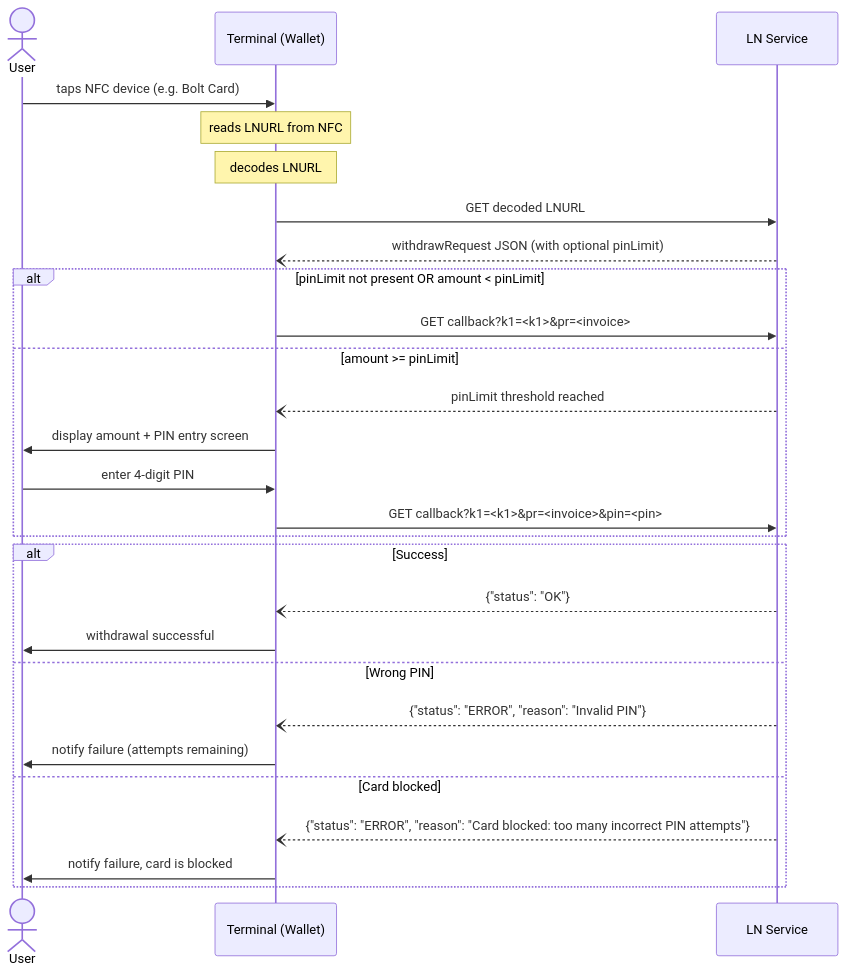
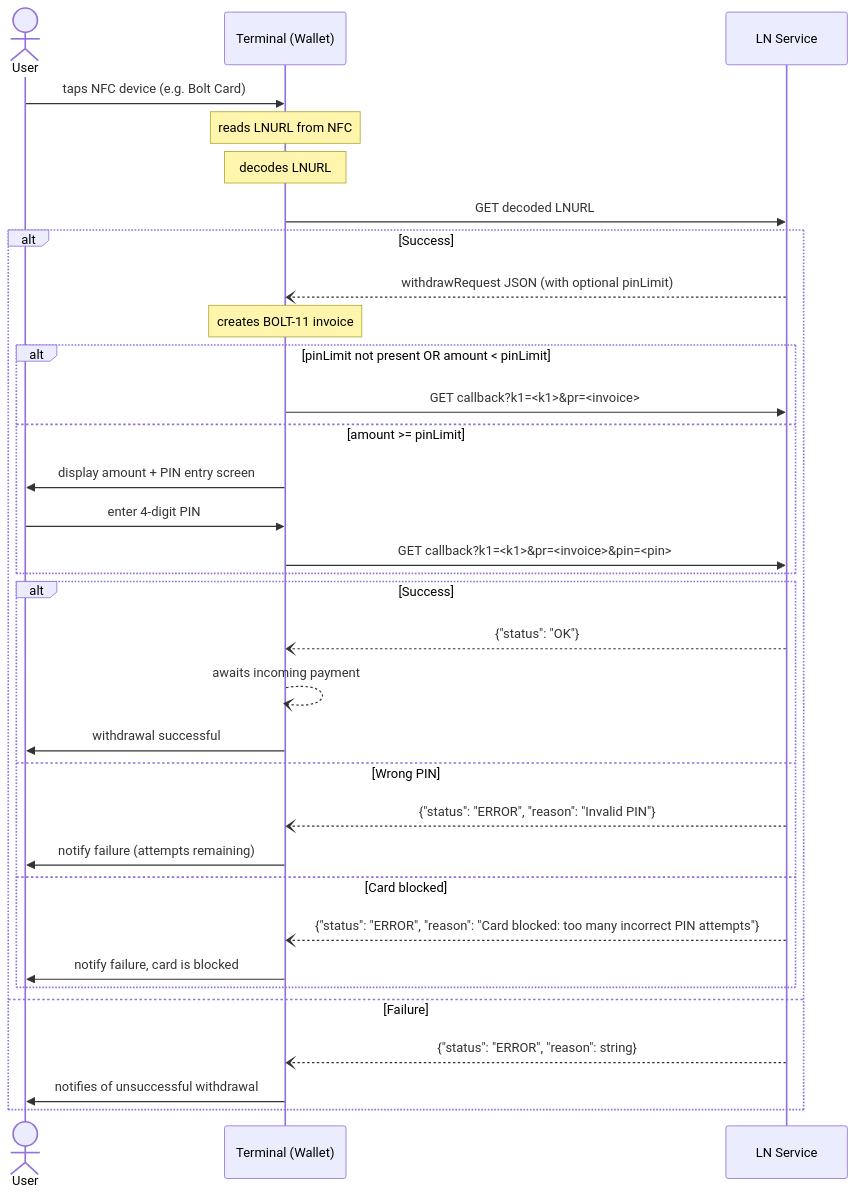
One commit to lnurl/luds changed the diagram in XX.md. Above: the diagram before and after it, drawn with Mermaid. The commit also changed other lines of this file, not shown here.

Commit message:
draft: align diagram with LUD-03 structure, fix #NEW to #289

````diff
--- a/XX.md
+++ b/XX.md
@@ -52,33 +52,40 @@
 ```mermaid
 sequenceDiagram
     actor User
     participant Terminal as Terminal (Wallet)
     participant LN Service
 
     User->>Terminal: taps NFC device (e.g. Bolt Card)
     Note over Terminal: reads LNURL from NFC
     Note over Terminal: decodes LNURL
 
     Terminal->>LN Service: GET decoded LNURL
-    LN Service--)Terminal: withdrawRequest JSON (with optional pinLimit)
-
-    alt pinLimit not present OR amount < pinLimit
-        Terminal->>LN Service: GET callback?k1=<k1>&pr=<invoice>
-    else amount >= pinLimit
-        LN Service--)Terminal: pinLimit threshold reached
-        Terminal->>User: display amount + PIN entry screen
-        User->>Terminal: enter 4-digit PIN
-        Terminal->>LN Service: GET callback?k1=<k1>&pr=<invoice>&pin=<pin>
-    end
 
     alt Success
-        LN Service--)Terminal: {"status": "OK"}
-        Terminal->>User: withdrawal successful
-    else Wrong PIN
-        LN Service--)Terminal: {"status": "ERROR", "reason": "Invalid PIN"}
-        Terminal->>User: notify failure (attempts remaining)
-    else Card blocked
-        LN Service--)Terminal: {"status": "ERROR", "reason": "Card blocked: too many incorrect PIN attempts"}
-        Terminal->>User: notify failure, card is blocked
+        LN Service--)Terminal: withdrawRequest JSON (with optional pinLimit)
+        Note over Terminal: creates BOLT-11 invoice
+
+        alt pinLimit not present OR amount < pinLimit
+            Terminal->>LN Service: GET callback?k1=<k1>&pr=<invoice>
+        else amount >= pinLimit
+            Terminal->>User: display amount + PIN entry screen
+            User->>Terminal: enter 4-digit PIN
+            Terminal->>LN Service: GET callback?k1=<k1>&pr=<invoice>&pin=<pin>
+        end
+
+        alt Success
+            LN Service--)Terminal: {"status": "OK"}
+            Terminal--)Terminal: awaits incoming payment
+            Terminal->>User: withdrawal successful
+        else Wrong PIN
+            LN Service--)Terminal: {"status": "ERROR", "reason": "Invalid PIN"}
+            Terminal->>User: notify failure (attempts remaining)
+        else Card blocked
+            LN Service--)Terminal: {"status": "ERROR", "reason": "Card blocked: too many incorrect PIN attempts"}
+            Terminal->>User: notify failure, card is blocked
+        end
+    else Failure
+        LN Service--)Terminal: {"status": "ERROR", "reason": string}
+        Terminal->>User: notifies of unsuccessful withdrawal
     end
 ```
````
